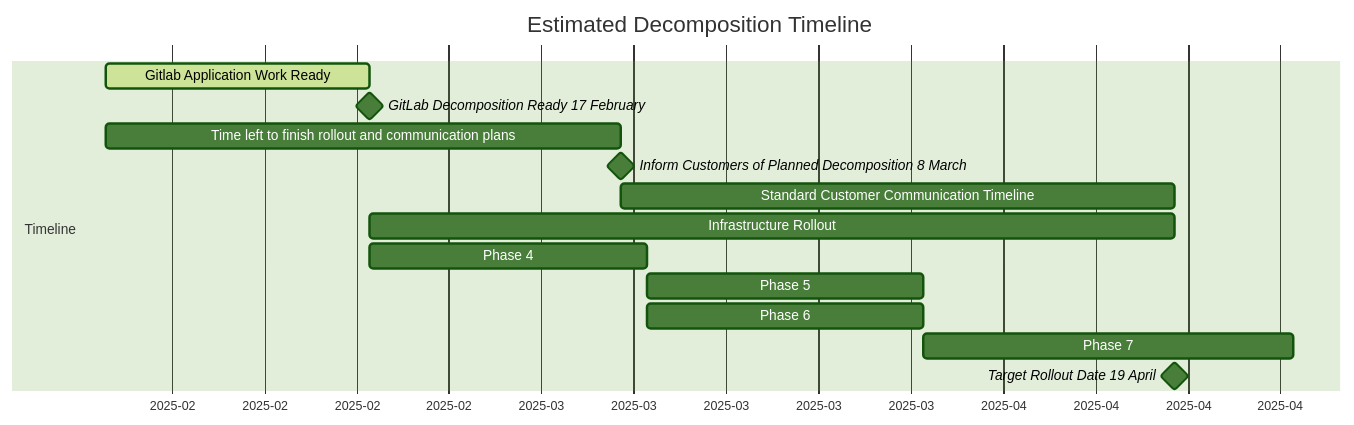
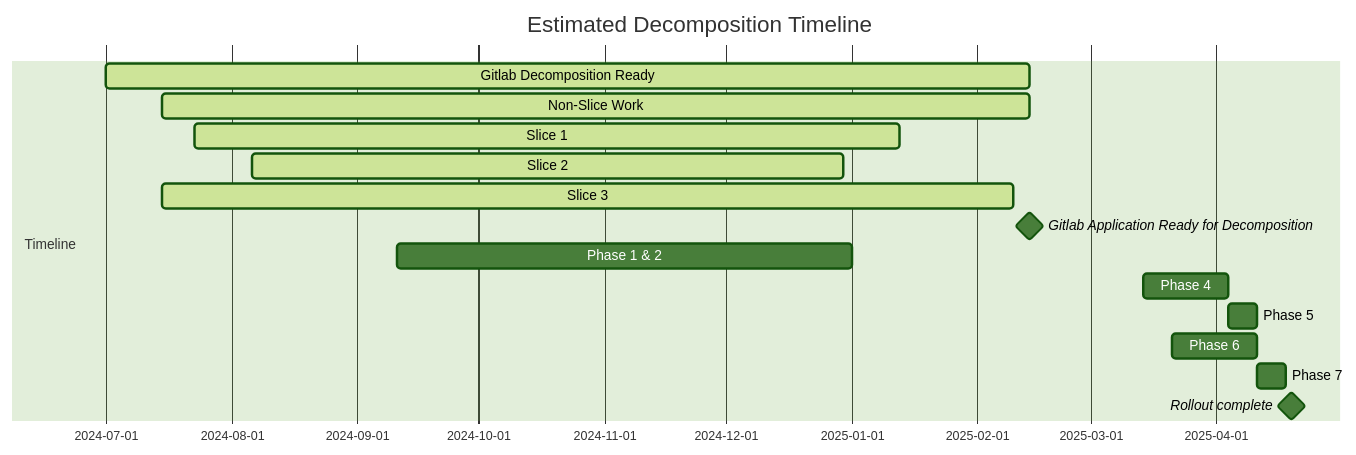
One commit to zalyoung/gitlab-handbook changed the diagram in content/handbook/company/working-groups/secure-govern-database-decomposition/_index.md. Above: the diagram before and after it, drawn with Mermaid (forest theme).

Commit message:
chore: Update sec decomp WG timeline

````diff
--- a/content/handbook/company/working-groups/secure-govern-database-decomposition/_index.md
+++ b/content/handbook/company/working-groups/secure-govern-database-decomposition/_index.md
@@ -100,20 +100,20 @@
 ```mermaid
 gantt
 dateFormat YYYY-MM-DD
 title Estimated Decomposition Timeline
 
 section Timeline
-Gitlab Application Work Ready :active, decompose, 2025-01-28, 2025-02-17
-GitLab Decomposition Ready 17 February :milestone, rolloutready, after decompose, 0d
-Time left to finish rollout and communication plans :readycomms, 2025-01-28, 2025-03-08
-Inform Customers of Planned Decomposition 8 March :milestone, communicate, 2025-03-08, 0d
-Standard Customer Communication Timeline :comms, 2025-03-8, 6w
-Infrastructure Rollout :inf, after decompose, 2025-04-19
-Phase 4 : phase4, after decompose, 3w
-Phase 5 : phase5, after phase4, 3w
-Phase 6 : phase6, after phase4, 3w
-Phase 7 : phase7, after phase6, 4w
-Target Rollout Date 19 April :milestone, rollout, 2025-04-19, 0d
-axisFormat  %Y-%m
-
+Gitlab Decomposition Ready :active , decompose, 2024-07-01, 2025-02-14
+Non-Slice Work :active, nonslicework, 2024-07-15, 2025-02-14
+Slice 1 :active, slice1, 2024-07-23, 2025-01-13
+Slice 2 :active, slice2, 2024-08-06, 2024-12-30
+Slice 3 :active, slice3, 2024-07-15, 2025-02-10
+Gitlab Application Ready for Decomposition :milestone, allslices, after slice1 slice2 slice3 nonslicework, 0d
+Phase 1 & 2 : phase12, 2024-09-11, 16w
+Phase 4 : phase4, 2025-03-14, 3w
+Phase 5 : phase5, after phase4, 1w
+Phase 6 : phase6, 2025-03-21, 3w
+Phase 7 : phase7, after phase6, 1w
+Rollout complete :milestone, rollout, 2025-04-19, 1d
+axisFormat  %Y-%m-%d
 ```
````
